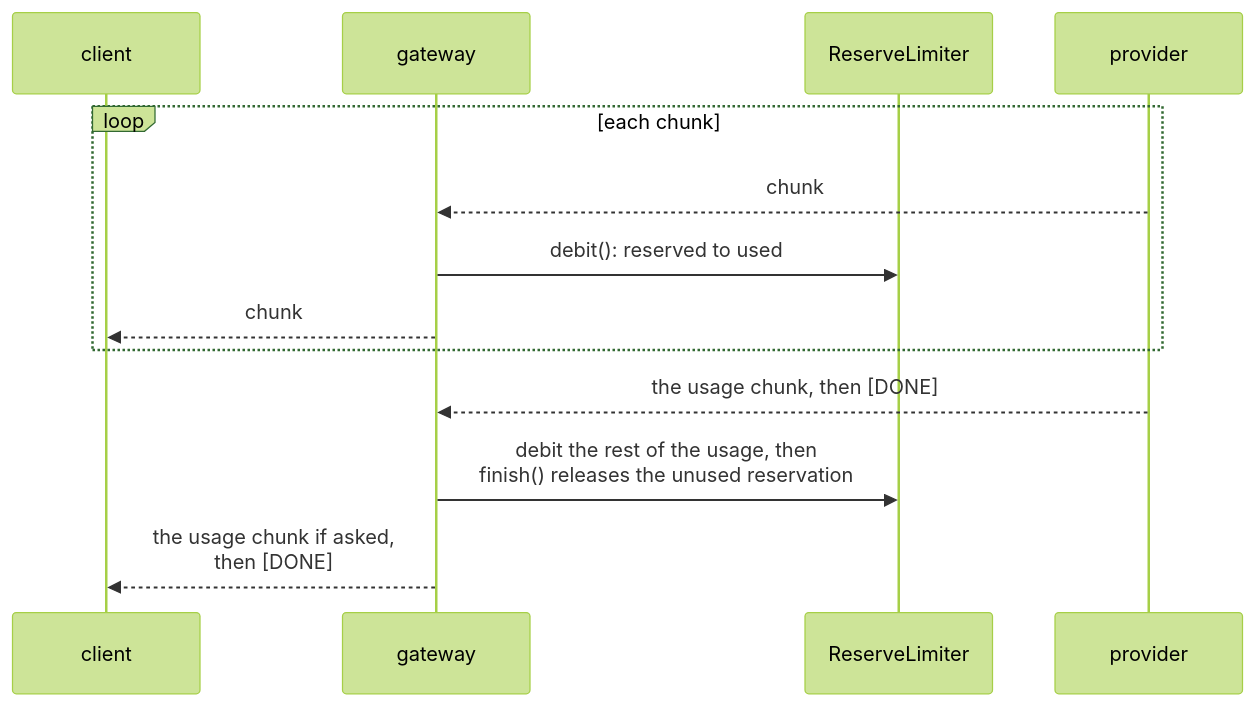
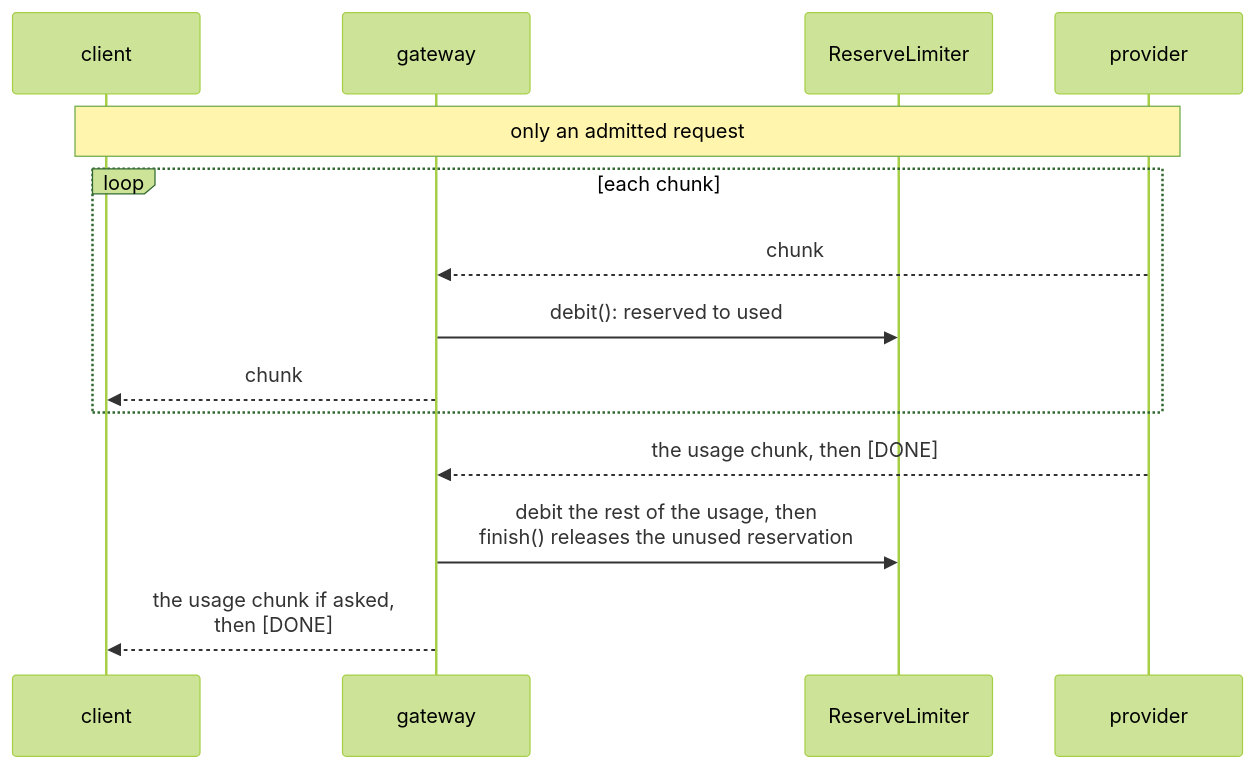
One commit to aniryou/full-stack-agentic-engineer changed the sixth of 9 diagrams in 06-gateway/llm-gateway/PRIMER.md. Above: the diagram before and after it, drawn with Mermaid (forest theme). The commit also changed other lines of this file and 340 other files, not shown here.

````diff
--- a/06-gateway/llm-gateway/PRIMER.md
+++ b/06-gateway/llm-gateway/PRIMER.md
@@ -599,15 +599,16 @@
 ```mermaid
 sequenceDiagram
     participant C as client
     participant G as gateway
     participant L as ReserveLimiter
     participant P as provider
+    Note over C,P: only an admitted request
     loop each chunk
         P-->>G: chunk
         G->>L: debit(): reserved to used
         G-->>C: chunk
     end
     P-->>G: the usage chunk, then [DONE]
     G->>L: debit the rest of the usage, then<br/>finish() releases the unused reservation
     G-->>C: the usage chunk if asked,<br/>then [DONE]
 ```
````
